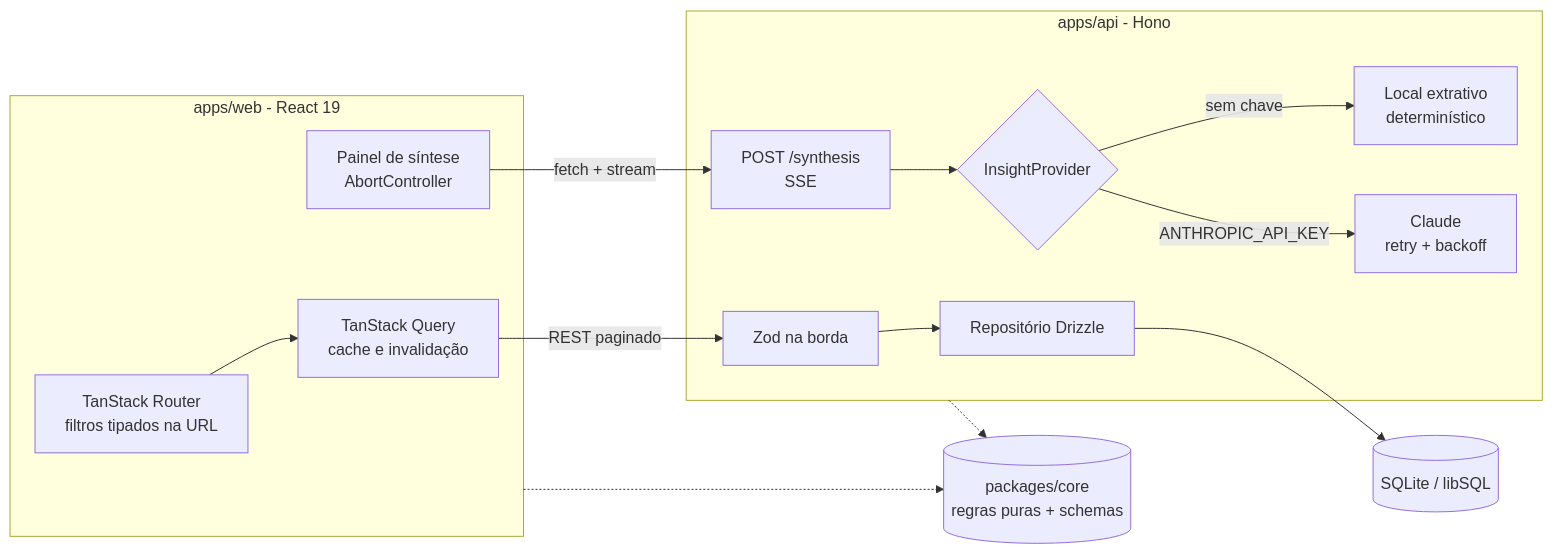
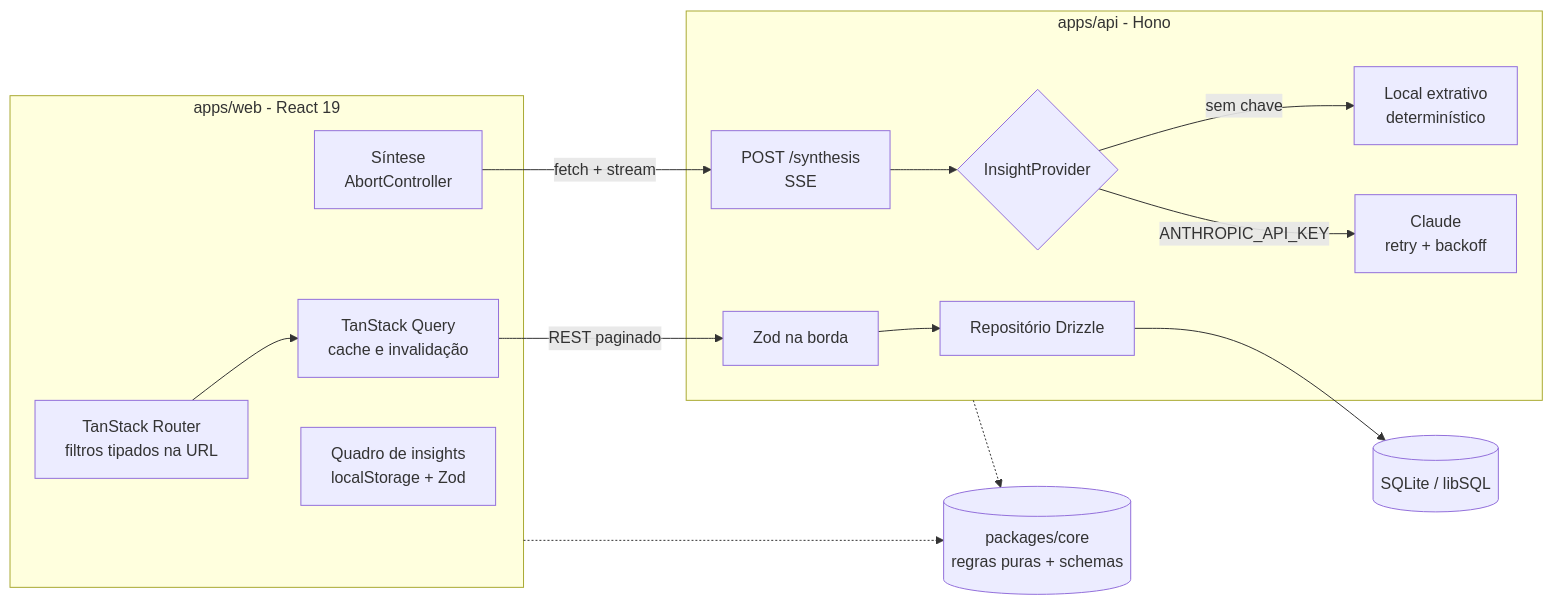
One commit to NasckDev/insighthub changed the diagram in README.md. Above: the diagram before and after it, drawn with Mermaid. The commit also changed other lines of this file and 15 other files, not shown here.

````diff
--- a/README.md
+++ b/README.md
@@ -69,20 +93,21 @@
 ```mermaid
 flowchart LR
   subgraph web[apps/web - React 19]
     R[TanStack Router<br/>filtros tipados na URL] --> Q[TanStack Query<br/>cache e invalidação]
-    S[Painel de síntese<br/>AbortController]
+    S[Síntese<br/>AbortController]
+    B[Quadro de insights<br/>localStorage + Zod]
   end
   subgraph api[apps/api - Hono]
     V[Zod na borda] --> REP[Repositório Drizzle]
     SSE[POST /synthesis<br/>SSE] --> P{InsightProvider}
     P -->|sem chave| L[Local extrativo<br/>determinístico]
     P -->|ANTHROPIC_API_KEY| C[Claude<br/>retry + backoff]
   end
   core[(packages/core<br/>regras puras + schemas)]
   DB[(SQLite / libSQL)]
   Q -->|REST paginado| V
   S -->|fetch + stream| SSE
   REP --> DB
   web -.-> core
   api -.-> core
 ```
````
